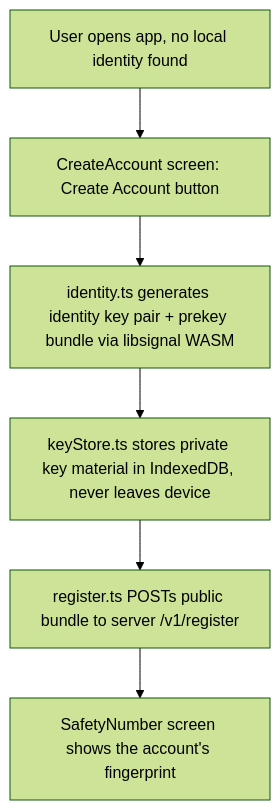
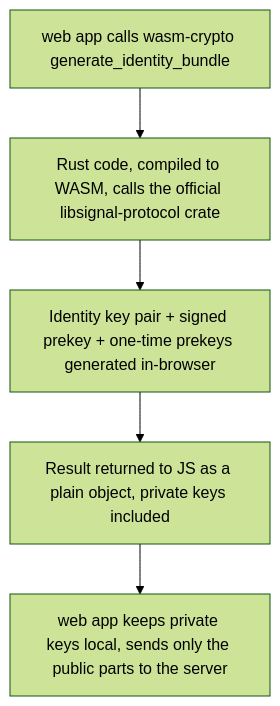
The diagram in aidd_docs/tasks/2026_07/2026_07_27_identity-creation/phase-2.md (Thibault-Savenkoff/UmbraChat), drawn with Mermaid (forest theme) before and after one commit. The commit also changed other lines of this file and 10 other files, not shown here.

First line of the commit message:
feat(wasm-crypto): WASM wrapper around official libsignal-protocol

````diff
--- a/aidd_docs/tasks/2026_07/2026_07_27_identity-creation/phase-2.md
+++ b/aidd_docs/tasks/2026_07/2026_07_27_identity-creation/phase-2.md
@@ -30,8 +21,7 @@
 ```mermaid
 flowchart TD
-  A[User opens app, no local identity found] --> B[CreateAccount screen: Create Account button]
-  B --> C[identity.ts generates identity key pair + prekey bundle via libsignal WASM]
-  C --> D[keyStore.ts stores private key material in IndexedDB, never leaves device]
-  D --> E[register.ts POSTs public bundle to server /v1/register]
-  E --> F[SafetyNumber screen shows the account's fingerprint]
+  A[web app calls wasm-crypto generate_identity_bundle] --> B[Rust code, compiled to WASM, calls the official libsignal-protocol crate]
+  B --> C[Identity key pair + signed prekey + one-time prekeys generated in-browser]
+  C --> D[Result returned to JS as a plain object, private keys included]
+  D --> E[web app keeps private keys local, sends only the public parts to the server]
 ```
````
